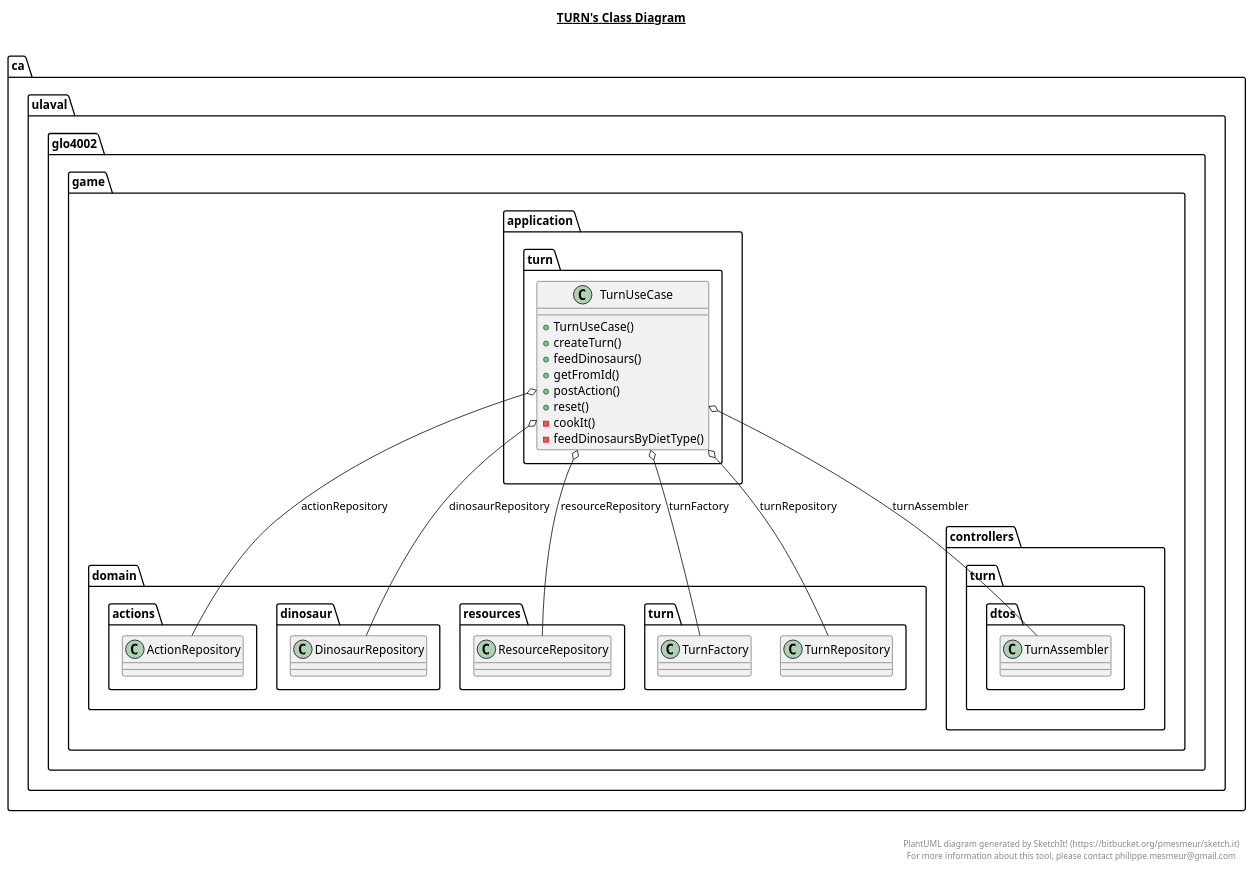
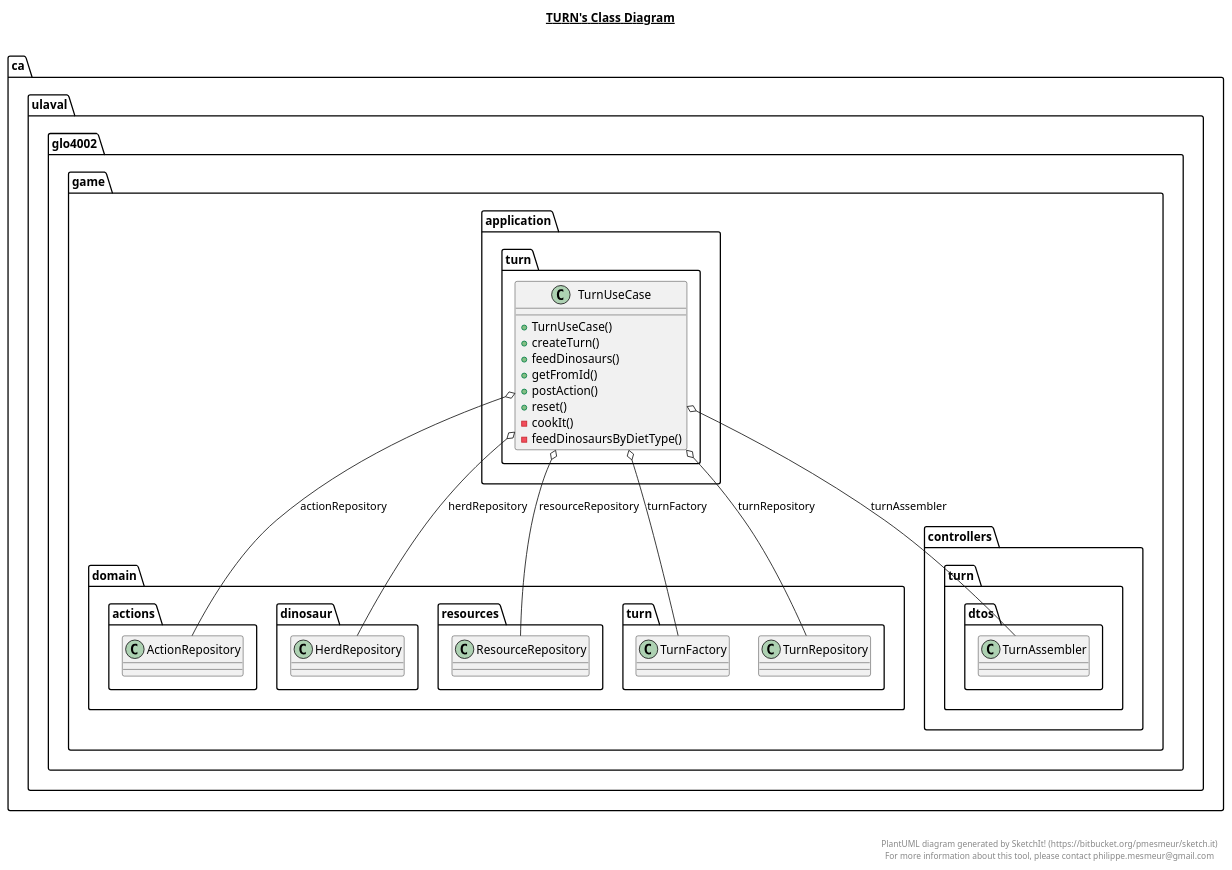
The diagram in game-api/src/main/java/ca/ulaval/glo4002/game/application/turn/turn.plantuml (MALEC321/MEP7), drawn with PlantUML before and after one commit. The commit also changed 22 other files, not shown here.

```diff
--- a/game-api/src/main/java/ca/ulaval/glo4002/game/application/turn/turn.plantuml
+++ b/game-api/src/main/java/ca/ulaval/glo4002/game/application/turn/turn.plantuml
@@ -1,36 +1,36 @@
 @startuml
 
 title __TURN's Class Diagram__\n
 
     namespace ca.ulaval.glo4002.game {
       namespace application.turn {
         class ca.ulaval.glo4002.game.application.turn.TurnUseCase {
             + TurnUseCase()
             + createTurn()
             + feedDinosaurs()
             + getFromId()
             + postAction()
             + reset()
             - cookIt()
             - feedDinosaursByDietType()
         }
       }
     }
   
 
   ca.ulaval.glo4002.game.application.turn.TurnUseCase o-- ca.ulaval.glo4002.game.domain.actions.ActionRepository : actionRepository
-  ca.ulaval.glo4002.game.application.turn.TurnUseCase o-- ca.ulaval.glo4002.game.domain.dinosaur.DinosaurRepository : dinosaurRepository
+  ca.ulaval.glo4002.game.application.turn.TurnUseCase o-- ca.ulaval.glo4002.game.domain.dinosaur.HerdRepository : herdRepository
   ca.ulaval.glo4002.game.application.turn.TurnUseCase o-- ca.ulaval.glo4002.game.domain.resources.ResourceRepository : resourceRepository
   ca.ulaval.glo4002.game.application.turn.TurnUseCase o-- ca.ulaval.glo4002.game.controllers.turn.dtos.TurnAssembler : turnAssembler
   ca.ulaval.glo4002.game.application.turn.TurnUseCase o-- ca.ulaval.glo4002.game.domain.turn.TurnFactory : turnFactory
   ca.ulaval.glo4002.game.application.turn.TurnUseCase o-- ca.ulaval.glo4002.game.domain.turn.TurnRepository : turnRepository
 
 
 right footer
 
 
 PlantUML diagram generated by SketchIt! (https://bitbucket.org/pmesmeur/sketch.it)
 For more information about this tool, please contact philippe.mesmeur@gmail.com
 endfooter
 
 @enduml
```
